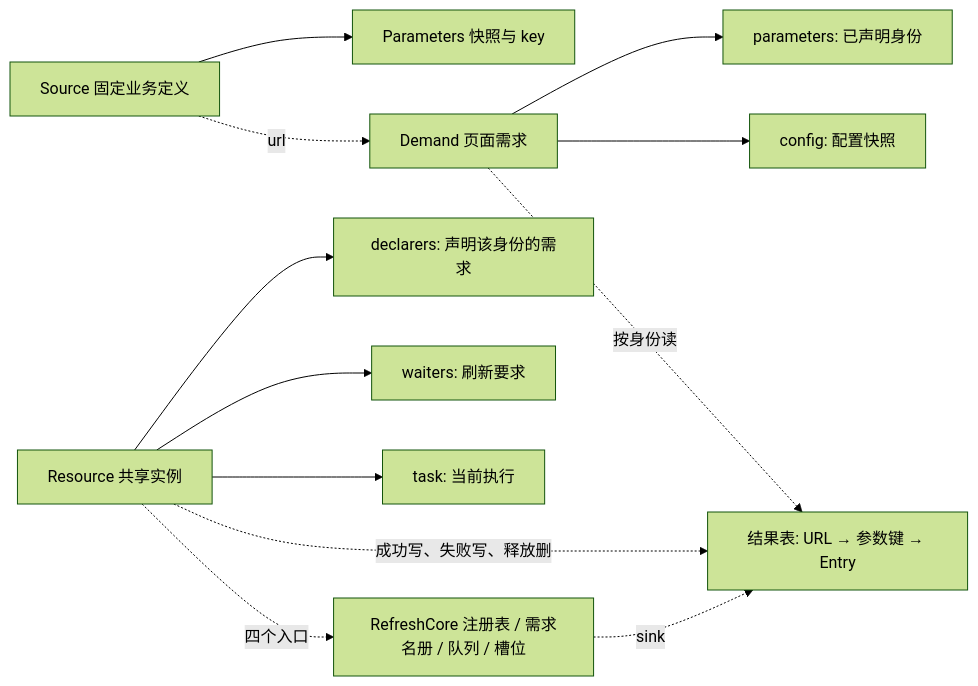
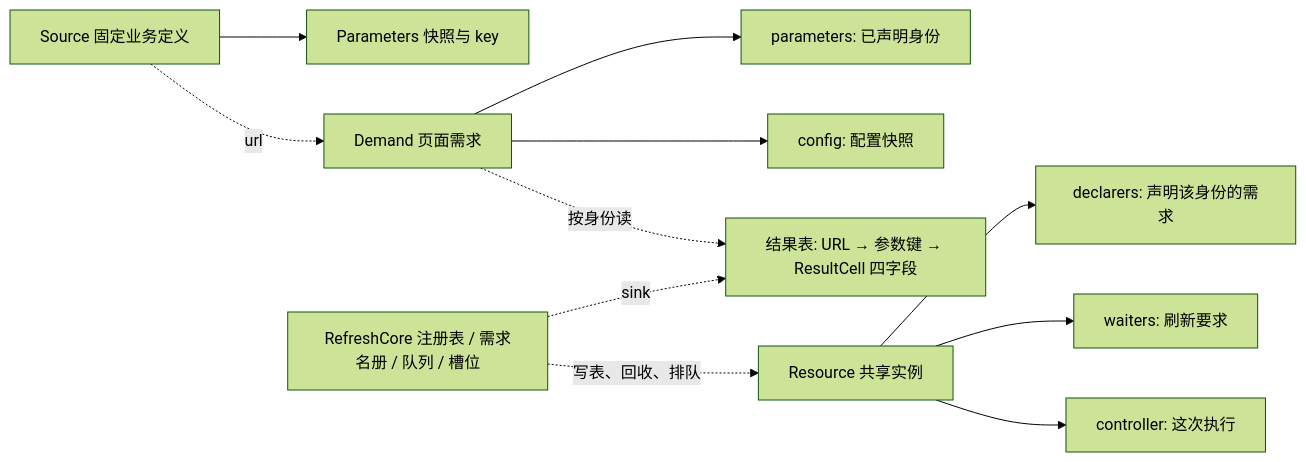
The diagram in DESIGN.md (anjing0524/vue-refresh), drawn with Mermaid (forest theme) before and after one commit. The commit also changed other lines of this file and 17 other files, not shown here.

Commit message:
拆环 + 砍框架取数上限与 Task + 结果表拍平：Resource 不再持有核心，概念少三个（ADR-65）

````diff
--- a/DESIGN.md
+++ b/DESIGN.md
@@ -83,14 +83,13 @@
 ```mermaid
 flowchart LR
   Source[Source 固定业务定义] --> Parameters[Parameters 快照与 key]
   Source -. url .-> Demand[Demand 页面需求]
   Demand --> Params[parameters: 已声明身份]
   Demand --> Config[config: 配置快照]
-  Demand -. 按身份读 .-> Table[结果表: URL → 参数键 → Entry]
+  Demand -. 按身份读 .-> Table[结果表: URL → 参数键 → ResultCell 四字段]
   Resource[Resource 共享实例] --> Decl[declarers: 声明该身份的需求]
   Resource --> Waiters[waiters: 刷新要求]
-  Resource --> Task[task: 当前执行]
-  Resource -. 成功写、失败写、释放删 .-> Table
-  Resource -. 四个入口 .-> Core[RefreshCore 注册表 / 需求名册 / 队列 / 槽位]
+  Resource --> Controller[controller: 这次执行]
+  Core[RefreshCore 注册表 / 需求名册 / 队列 / 槽位] -. 写表、回收、排队 .-> Resource
   Core -. sink .-> Table
 ```
````
